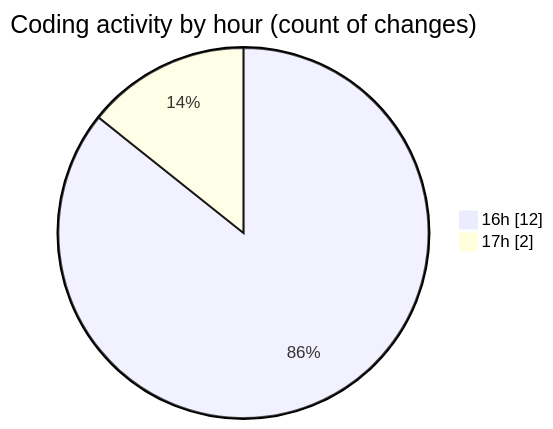
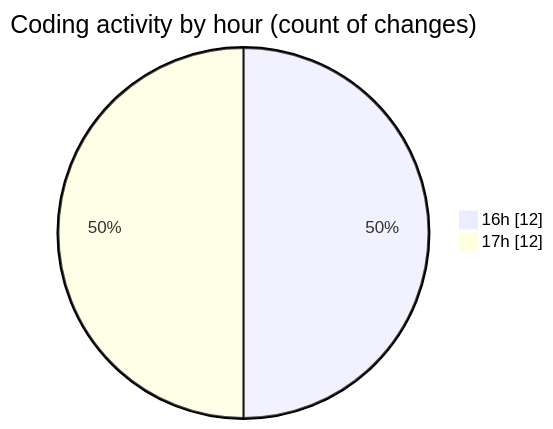
The second of 2 diagrams in 2025-09-23/plugins/README.md (debugP/code-tracking), drawn with Mermaid before and after one commit. The commit also changed other lines of this file and 1 other file, not shown here.

````diff
--- a/2025-09-23/plugins/README.md
+++ b/2025-09-23/plugins/README.md
@@ -28,6 +28,6 @@
 ```mermaid
 pie showData
 title Coding activity by hour (count of changes)
 "16h" : 12
-"17h" : 2
+"17h" : 12
 ```
````
